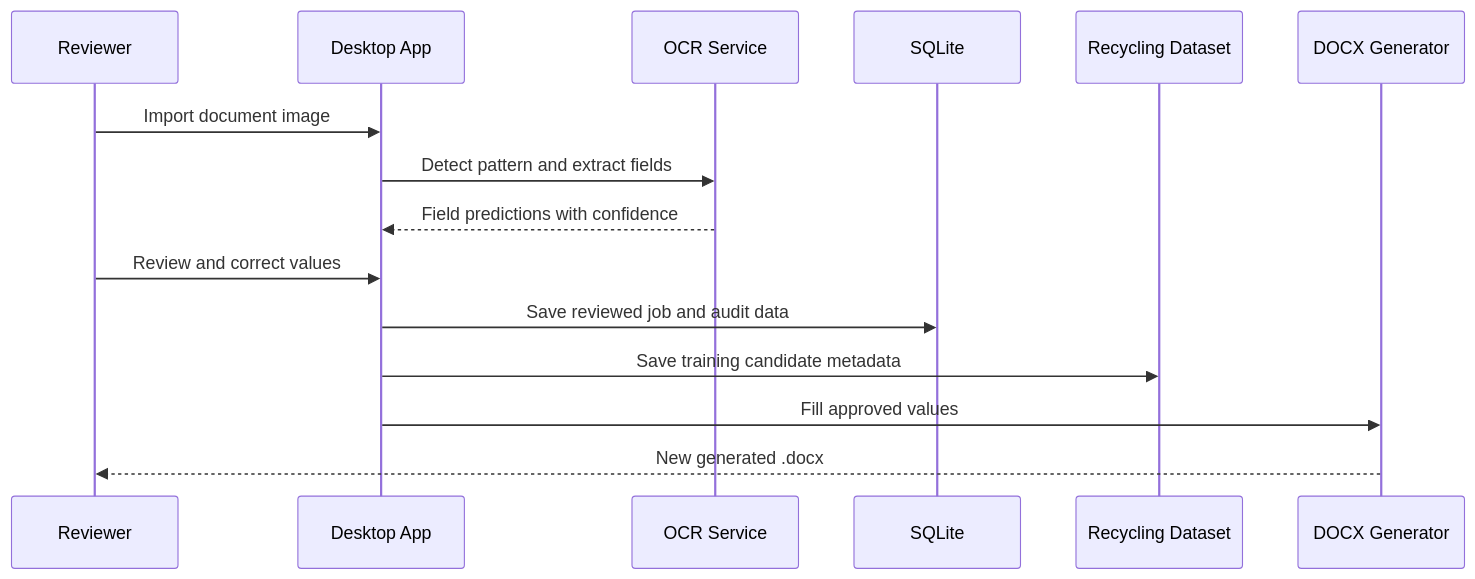
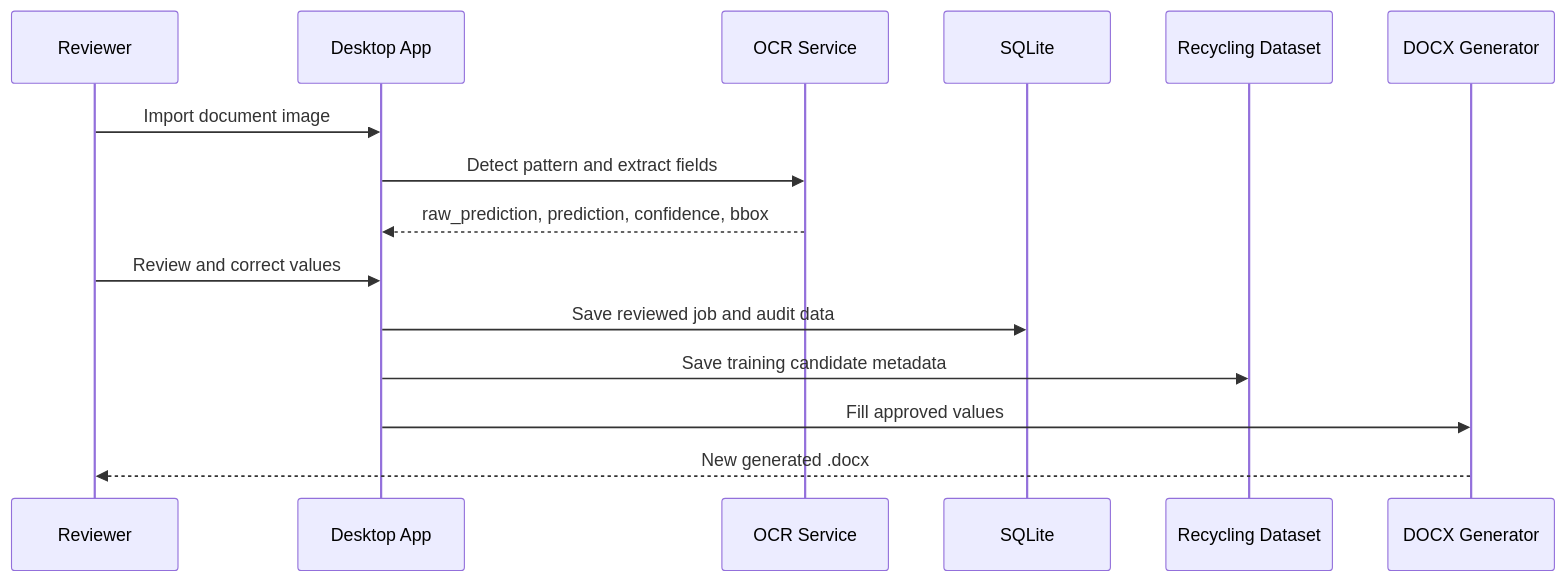
The sixth of 9 diagrams in docs/architecture.md (DoctorKS/Rape_OCR), drawn with Mermaid before and after one commit. The commit also changed other lines of this file and 1 other file, not shown here.

Commit message:
docs: update full application flow diagrams

````diff
--- a/docs/architecture.md
+++ b/docs/architecture.md
@@ -61,18 +148,18 @@
 ```mermaid
 sequenceDiagram
     participant User as Reviewer
     participant App as Desktop App
     participant OCR as OCR Service
     participant DB as SQLite
     participant DS as Recycling Dataset
     participant Docx as DOCX Generator
 
     User->>App: Import document image
     App->>OCR: Detect pattern and extract fields
-    OCR-->>App: Field predictions with confidence
+    OCR-->>App: raw_prediction, prediction, confidence, bbox
     User->>App: Review and correct values
     App->>DB: Save reviewed job and audit data
     App->>DS: Save training candidate metadata
     App->>Docx: Fill approved values
     Docx-->>User: New generated .docx
 ```
````
